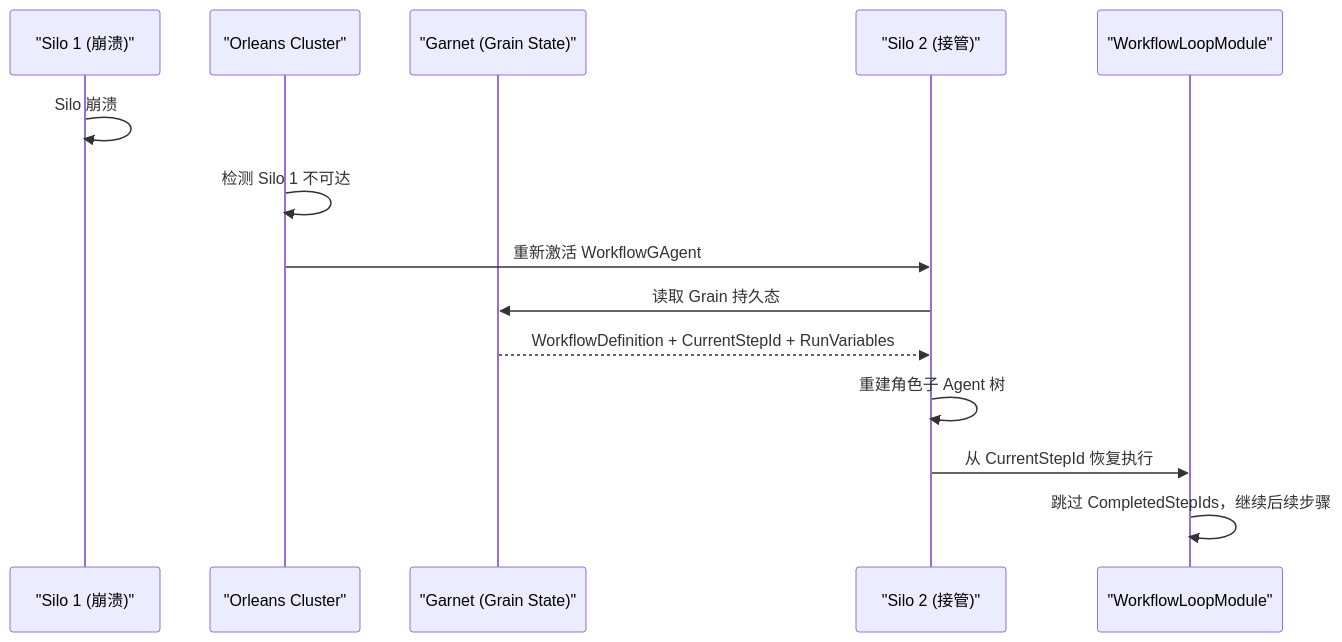
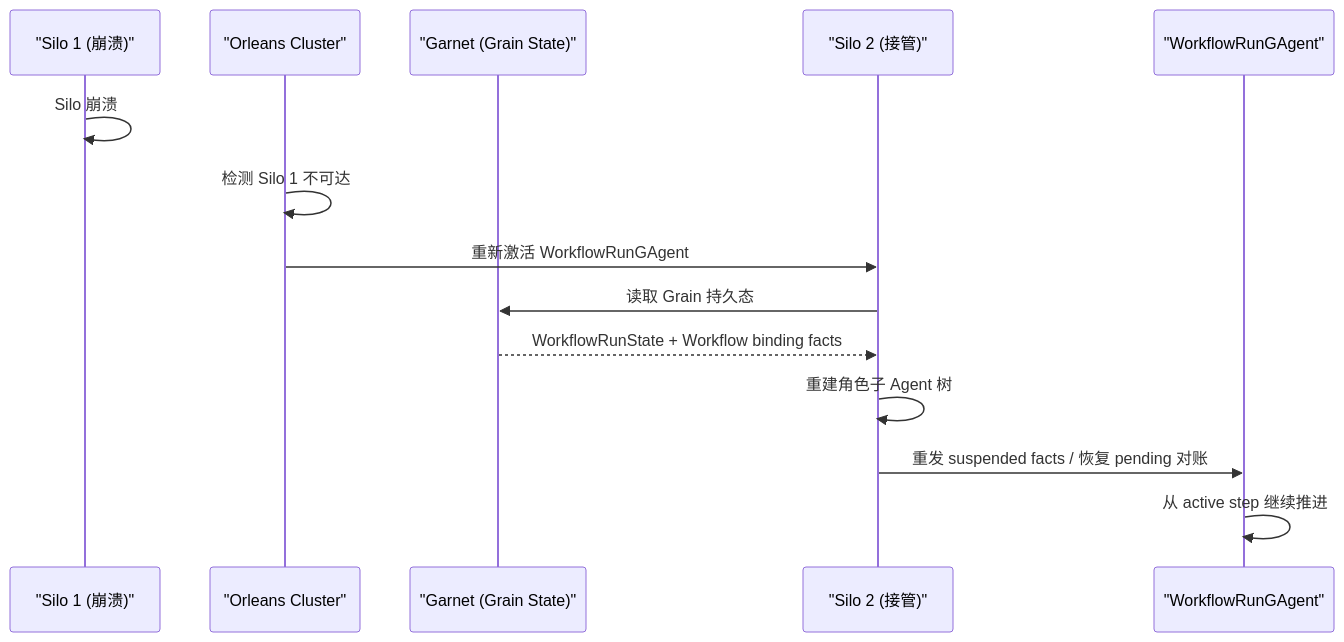
Diagram 17 of 19 in docs/architecture/AEVATAR_MAINNET_ARCHITECTURE.md (aevatarAI/aevatar), drawn with Mermaid before and after one commit. The commit also changed other lines of this file and 92 other files, not shown here.

First line of the commit message:
Refactor workflow architecture to separate definition and run actors

````diff
--- a/docs/architecture/AEVATAR_MAINNET_ARCHITECTURE.md
+++ b/docs/architecture/AEVATAR_MAINNET_ARCHITECTURE.md
@@ -1354,18 +1350,18 @@
 ```mermaid
 %%{init: {"maxTextSize": 100000, "sequence": {"useMaxWidth": false}, "themeVariables": {"fontSize": "10px"}}}%%
 sequenceDiagram
     participant Silo1 as "Silo 1 (崩溃)"
     participant Orleans as "Orleans Cluster"
     participant Garnet as "Garnet (Grain State)"
     participant Silo2 as "Silo 2 (接管)"
-    participant WfLoop as "WorkflowLoopModule"
+    participant Run as "WorkflowRunGAgent"
 
     Silo1->>Silo1: Silo 崩溃
     Orleans->>Orleans: 检测 Silo 1 不可达
-    Orleans->>Silo2: 重新激活 WorkflowGAgent
+    Orleans->>Silo2: 重新激活 WorkflowRunGAgent
     Silo2->>Garnet: 读取 Grain 持久态
-    Garnet-->>Silo2: WorkflowDefinition + CurrentStepId + RunVariables
+    Garnet-->>Silo2: WorkflowRunState + Workflow binding facts
     Silo2->>Silo2: 重建角色子 Agent 树
-    Silo2->>WfLoop: 从 CurrentStepId 恢复执行
-    WfLoop->>WfLoop: 跳过 CompletedStepIds，继续后续步骤
+    Silo2->>Run: 重发 suspended facts / 恢复 pending 对账
+    Run->>Run: 从 active step 继续推进
 ```
````
